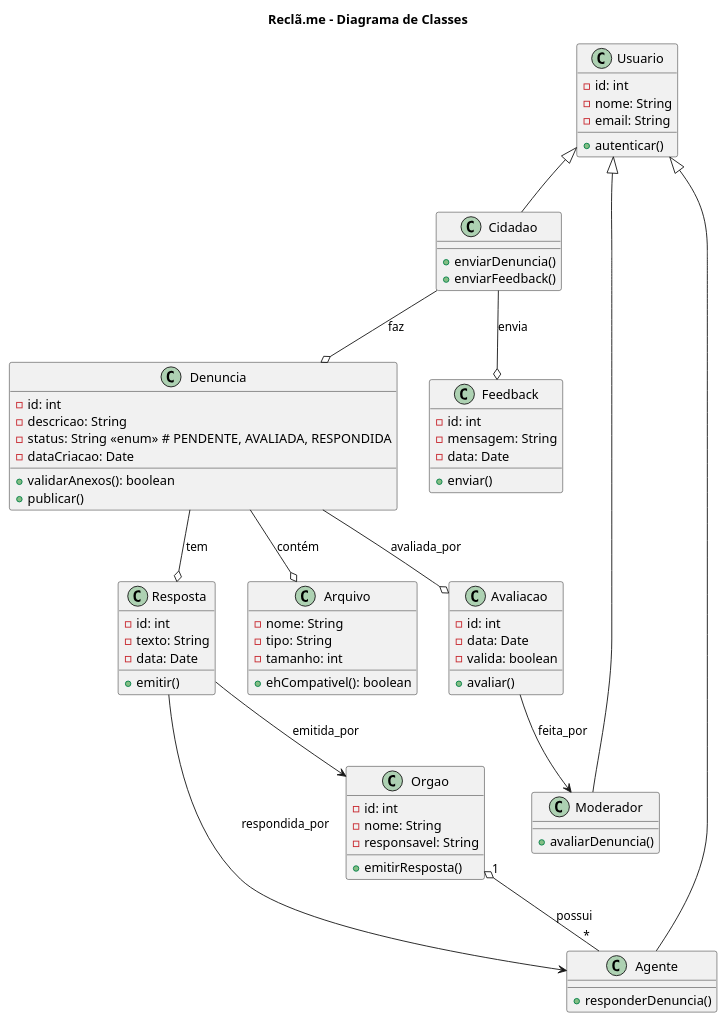
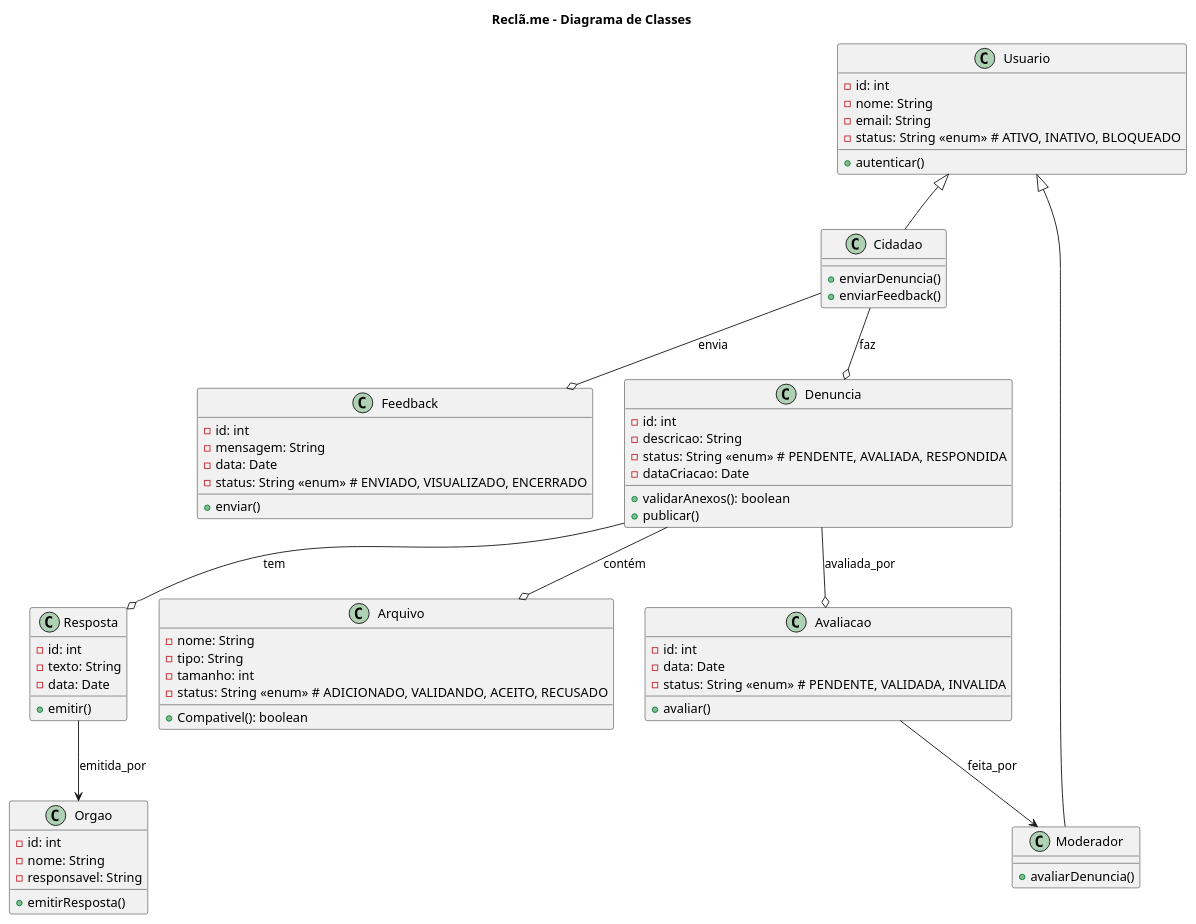
Before and after one commit to rafa-alves6/Reclama.se-AOO: the second of 2 diagrams in modelos/readme.md, drawn with PlantUML. The commit also changed other lines of this file, not shown here.

Commit message:
Update class diagram and add state diagram

````diff
--- a/modelos/readme.md
+++ b/modelos/readme.md
@@ -67,11 +67,12 @@
 ```plantuml
 @startuml
-title Reclã.me - Diagrama de Classes
+title Reclã.me - Diagrama de Classes 
 
 class Usuario {
   - id: int
   - nome: String
   - email: String
+  - status: String <<enum>> # ATIVO, INATIVO, BLOQUEADO
   + autenticar()
 }
 
@@ -84,13 +85,8 @@
   + avaliarDenuncia()
 }
 
-class Agente extends Usuario {
-  + responderDenuncia()
-}
-
 Usuario -[hidden]-> Cidadao
 Usuario -[hidden]-> Moderador
-Usuario -[hidden]-> Agente
 
 class Denuncia {
   - id: int
@@ -105,24 +101,29 @@
   - id: int
   - mensagem: String
   - data: Date
+  - status: String <<enum>> # ENVIADO, VISUALIZADO, ENCERRADO
   + enviar()
 }
+
 
 class Arquivo {
   - nome: String
   - tipo: String
   - tamanho: int
-  + ehCompativel(): boolean
+  - status: String <<enum>> # ADICIONADO, VALIDANDO, ACEITO, RECUSADO
+  + Compativel(): boolean
 }
+
 
 Denuncia --o Arquivo : contém
 
 class Avaliacao {
   - id: int
   - data: Date
-  - valida: boolean
+  - status: String <<enum>> # PENDENTE, VALIDADA, INVALIDA
   + avaliar()
 }
+
 
 class Resposta {
   - id: int
@@ -138,18 +139,14 @@
   + emitirResposta()
 }
 
-
 Denuncia --o Avaliacao : avaliada_por
 Avaliacao --> Moderador : feita_por
 
 Denuncia --o Resposta : tem
 Resposta --> Orgao : emitida_por
-Resposta --> Agente : respondida_por
-
-Orgao "1" o-- "*" Agente : possui
-
 
 Cidadao --o Denuncia : faz
 Cidadao --o Feedback : envia
 @enduml
+
 ```
````
